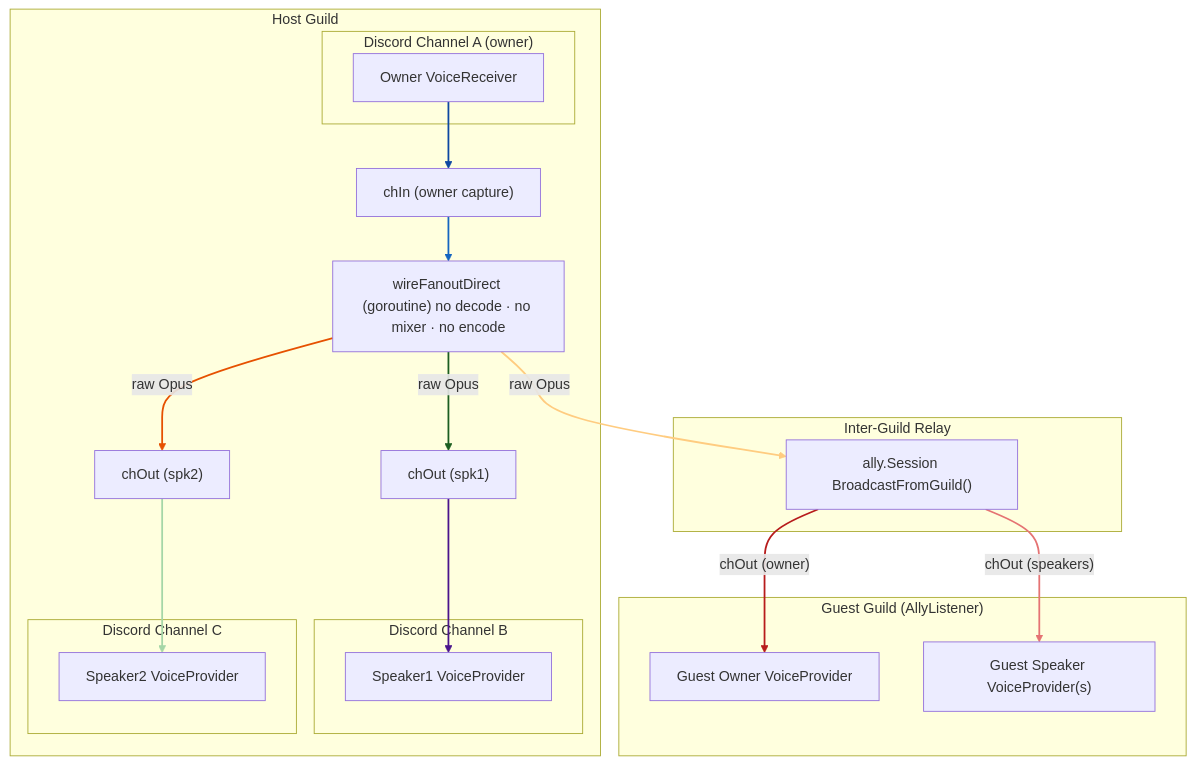
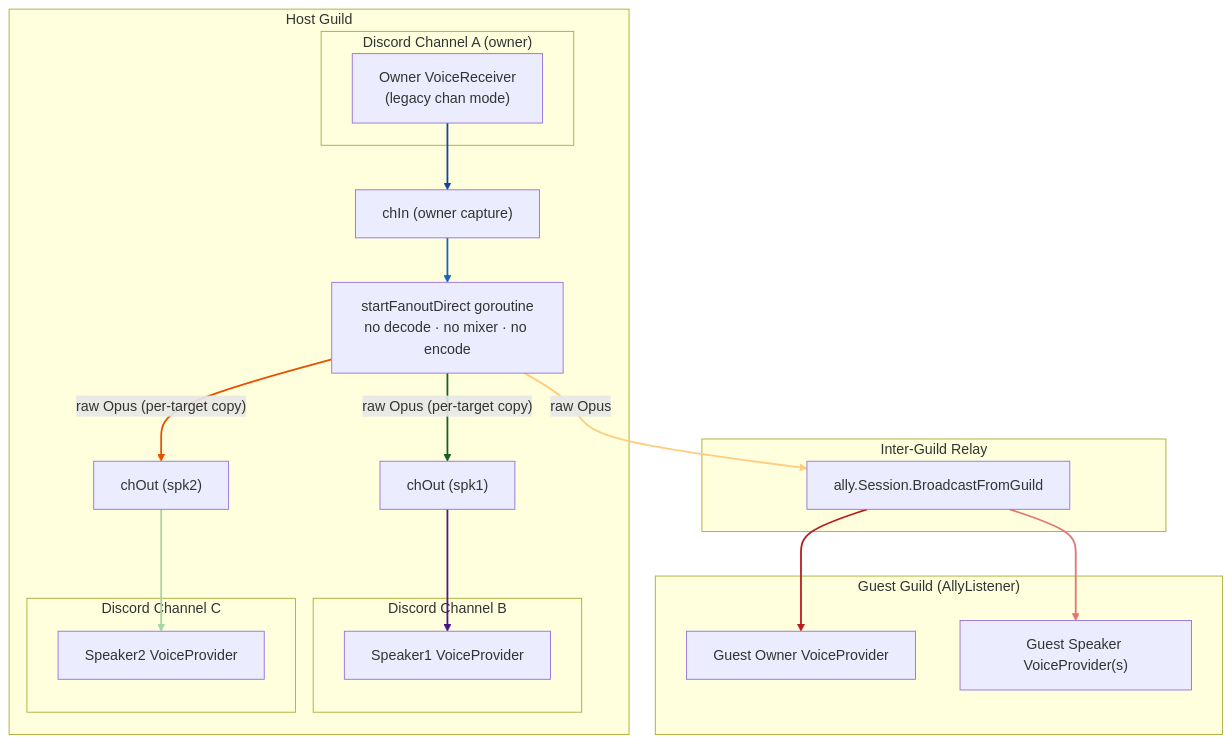
One commit to sealbro/go-discord-caller changed the first of 5 diagrams in docs/VOICE_FLOW.md. Above: the diagram before and after it, drawn with Mermaid. The commit also changed other lines of this file, not shown here.

Commit message:
docs: update VOICE_FLOW.md to reflect changes in audio processing and mixer architecture

````diff
--- a/docs/VOICE_FLOW.md
+++ b/docs/VOICE_FLOW.md
@@ -13,71 +13,60 @@
 ```mermaid
 flowchart TD
     subgraph HOST_GUILD["Host Guild"]
         subgraph ChA["Discord Channel A (owner)"]
-            OwnerVR["Owner VoiceReceiver"]
+            OwnerVR["Owner VoiceReceiver<br/>(legacy chan mode)"]
         end
         subgraph ChB["Discord Channel B"]
             Spk1VP["Speaker1 VoiceProvider"]
         end
         subgraph ChC["Discord Channel C"]
             Spk2VP["Speaker2 VoiceProvider"]
         end
 
         chIn["chIn (owner capture)"]
         OwnerVR --> chIn
 
-        Direct["wireFanoutDirect (goroutine) no decode · no mixer · no encode"]
+        Direct["startFanoutDirect goroutine<br/>no decode · no mixer · no encode"]
         chIn --> Direct
 
         chOutB["chOut (spk1)"]
         chOutC["chOut (spk2)"]
 
-        Direct -- "raw Opus" --> chOutB
-        Direct -- "raw Opus" --> chOutC
+        Direct -- "raw Opus (per-target copy)" --> chOutB
+        Direct -- "raw Opus (per-target copy)" --> chOutC
 
         chOutB --> Spk1VP
         chOutC --> Spk2VP
     end
 
     subgraph RELAY["Inter-Guild Relay"]
-        AllySession["ally.Session BroadcastFromGuild()"]
+        AllySession["ally.Session.BroadcastFromGuild"]
         Direct -- "raw Opus" --> AllySession
     end
 
     subgraph GUEST_GUILD["Guest Guild (AllyListener)"]
         GuestOwnerVP["Guest Owner VoiceProvider"]
         GuestSpkVP["Guest Speaker VoiceProvider(s)"]
-        AllySession -- "chOut (owner)"    --> GuestOwnerVP
-        AllySession -- "chOut (speakers)" --> GuestSpkVP
+        AllySession --> GuestOwnerVP
+        AllySession --> GuestSpkVP
     end
 
-    %% link indices:
-    %%  0  : OwnerVR → chIn
-    %%  1  : chIn → Direct
-    %%  2  : Direct → chOutB (raw Opus)
-    %%  3  : Direct → chOutC (raw Opus)
-    %%  4  : Direct → AllySession (raw Opus)
-    %%  5  : chOutB → Spk1VP
-    %%  6  : chOutC → Spk2VP
-    %%  7  : AllySession → GuestOwnerVP
-    %%  8  : AllySession → GuestSpkVP
-
-    %% Owner capture path — blue shades, dark→light
+    %% Owner capture path — blue
     linkStyle 0 stroke:#0d47a1,stroke-width:2px
     linkStyle 1 stroke:#1565c0,stroke-width:2px
 
-    %% Direct → Speaker B — green shades
+    %% Direct → Speaker B — green
     linkStyle 2 stroke:#1b5e20,stroke-width:2px
     linkStyle 5 stroke:#a5d6a7,stroke-width:2px
 
-    %% Direct → Speaker C — orange shades
+    %% Direct → Speaker C — orange
     linkStyle 3 stroke:#e65100,stroke-width:2px
     linkStyle 6 stroke:#ffcc80,stroke-width:2px
 
-    %% Relay path — purple shades
+    %% Relay path — purple
     linkStyle 4 stroke:#4a148c,stroke-width:2px
 
-    %% Guest delivery — red shades
+    %% Guest delivery — red
     linkStyle 7 stroke:#b71c1c,stroke-width:2px
     linkStyle 8 stroke:#e57373,stroke-width:2px
 ```
````
